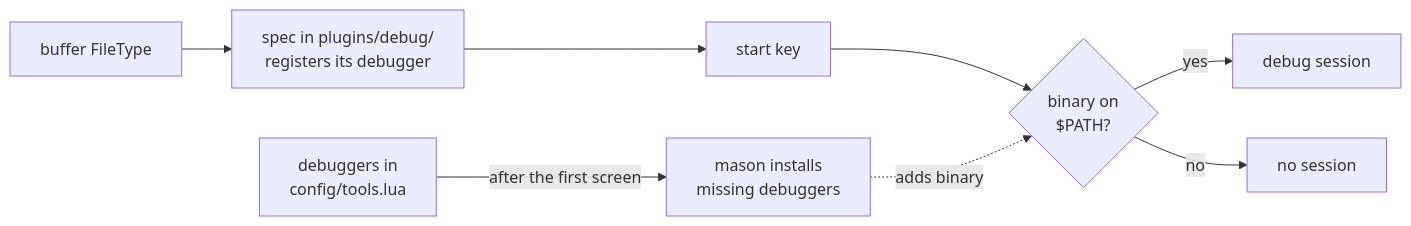
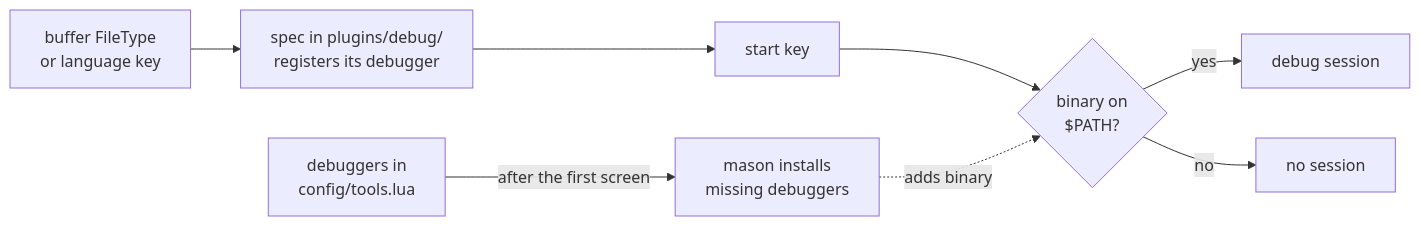
The fourth of 4 diagrams in docs/architecture.md (zttingbot/neovim-config), drawn with Mermaid before and after one commit. The commit also changed other lines of this file and 1 other file, not shown here.

Commit message:
docs(debug): document Python module debugging and session controls

````diff
--- a/docs/architecture.md
+++ b/docs/architecture.md
@@ -120,8 +120,8 @@
 ```mermaid
 flowchart LR
   list["debuggers in<br/>config/tools.lua"] -- after the first screen --> install["mason installs<br/>missing debuggers"]
-  ft[buffer FileType] --> spec["spec in plugins/debug/<br/>registers its debugger"] --> key[start key] --> found{"binary on<br/>$PATH?"}
+  ft["buffer FileType<br/>or language key"] --> spec["spec in plugins/debug/<br/>registers its debugger"] --> key[start key] --> found{"binary on<br/>$PATH?"}
   install -. adds binary .-> found
   found -- yes --> session[debug session]
   found -- no --> nosession[no session]
 ```
````
